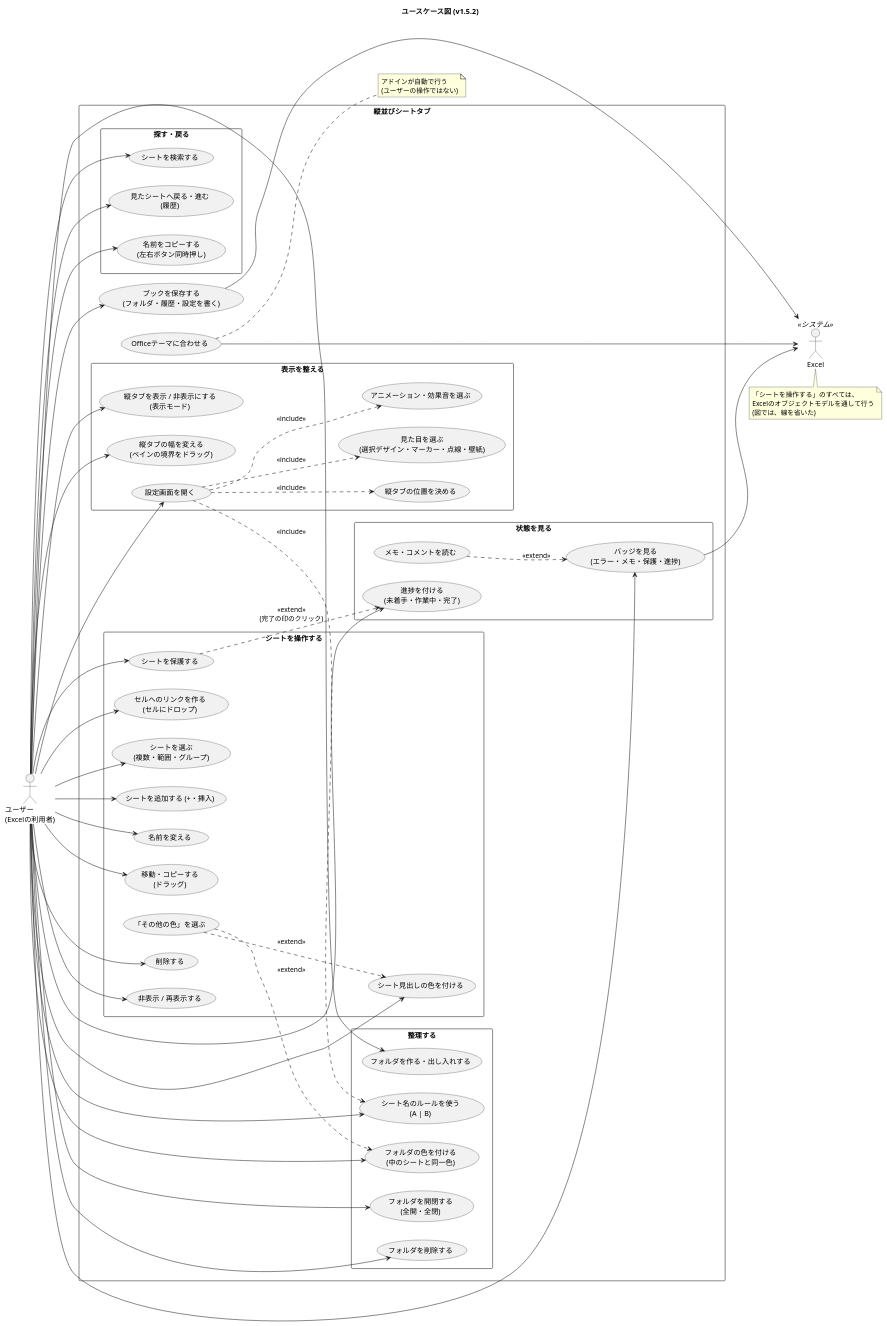
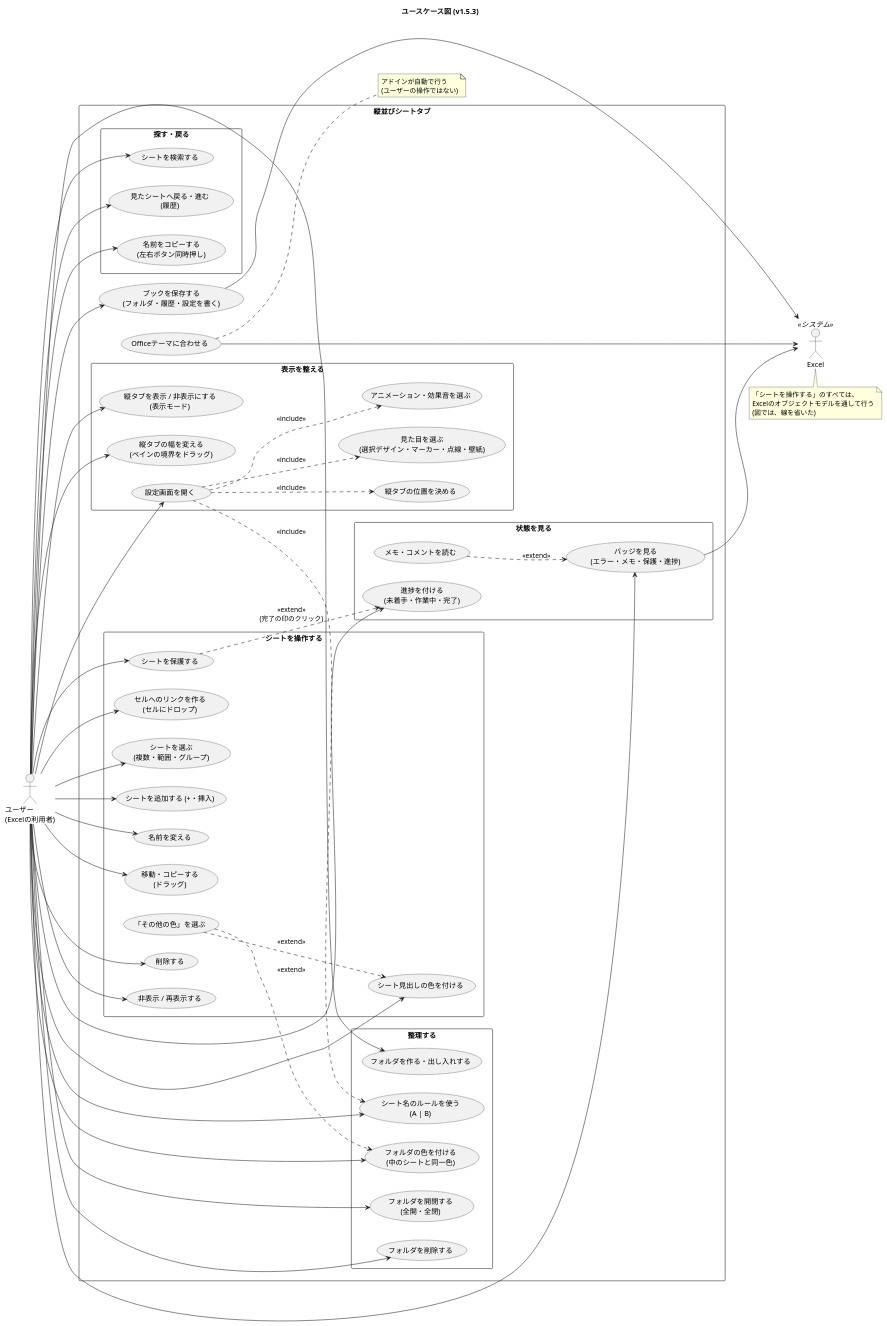
The diagram in docs/usecase.puml (nk-taka623/VerticalSheetTabs), drawn with PlantUML before and after one commit. The commit also changed 15 other files, not shown here.

```diff
--- a/docs/usecase.puml
+++ b/docs/usecase.puml
@@ -1,105 +1,105 @@
 @startuml
-title ユースケース図 (v1.5.2)
+title ユースケース図 (v1.5.3)
 left to right direction
 skinparam shadowing false
 skinparam packageStyle rectangle
 
 actor "ユーザー\n(Excelの利用者)" as U
 actor "Excel" as XL <<システム>>
 
 rectangle "縦並びシートタブ" {
 
   package "シートを操作する" {
     usecase "シートを選ぶ\n(複数・範囲・グループ)" as UC_SEL
     usecase "シートを追加する (+・挿入)" as UC_ADD
     usecase "名前を変える" as UC_REN
     usecase "移動・コピーする\n(ドラッグ)" as UC_MOVE
     usecase "削除する" as UC_DEL
     usecase "非表示 / 再表示する" as UC_HIDE
     usecase "シート見出しの色を付ける" as UC_COLOR
     usecase "「その他の色」を選ぶ" as UC_MORE
     usecase "シートを保護する" as UC_PROT
     usecase "セルへのリンクを作る\n(セルにドロップ)" as UC_LINK
   }
 
   package "整理する" {
     usecase "フォルダを作る・出し入れする" as UC_FOLDER
     usecase "フォルダを開閉する\n(全開・全閉)" as UC_TOGGLE
     usecase "フォルダの色を付ける\n(中のシートと同一色)" as UC_FCOLOR
     usecase "フォルダを削除する" as UC_FDEL
     usecase "シート名のルールを使う\n(A | B)" as UC_RULE
   }
 
   package "探す・戻る" {
     usecase "シートを検索する" as UC_SEARCH
     usecase "見たシートへ戻る・進む\n(履歴)" as UC_HIST
     usecase "名前をコピーする\n(左右ボタン同時押し)" as UC_COPY
   }
 
   package "状態を見る" {
     usecase "バッジを見る\n(エラー・メモ・保護・進捗)" as UC_BADGE
     usecase "メモ・コメントを読む" as UC_MEMO
     usecase "進捗を付ける\n(未着手・作業中・完了)" as UC_PROG
   }
 
   package "表示を整える" {
     usecase "縦タブを表示 / 非表示にする\n(表示モード)" as UC_MODE
     usecase "縦タブの位置を決める" as UC_SIDE
     usecase "縦タブの幅を変える\n(ペインの境界をドラッグ)" as UC_WIDTH
     usecase "設定画面を開く" as UC_SET
     usecase "見た目を選ぶ\n(選択デザイン・マーカー・点線・壁紙)" as UC_LOOK
     usecase "アニメーション・効果音を選ぶ" as UC_ANIM
   }
 
   usecase "ブックを保存する\n(フォルダ・履歴・設定を書く)" as UC_SAVE
   usecase "Officeテーマに合わせる" as UC_THEME
 }
 
 U --> UC_SEL
 U --> UC_ADD
 U --> UC_REN
 U --> UC_MOVE
 U --> UC_DEL
 U --> UC_HIDE
 U --> UC_COLOR
 U --> UC_PROT
 U --> UC_LINK
 U --> UC_FOLDER
 U --> UC_TOGGLE
 U --> UC_FCOLOR
 U --> UC_FDEL
 U --> UC_RULE
 U --> UC_SEARCH
 U --> UC_HIST
 U --> UC_COPY
 U --> UC_BADGE
 U --> UC_PROG
 U --> UC_MODE
 U --> UC_WIDTH
 U --> UC_SET
 U --> UC_SAVE
 
 UC_MORE ..> UC_COLOR : <<extend>>
 UC_MORE ..> UC_FCOLOR : <<extend>>
 UC_MEMO ..> UC_BADGE : <<extend>>
 UC_PROT ..> UC_PROG : <<extend>>\n(完了の印のクリック)
 UC_SET ..> UC_SIDE : <<include>>
 UC_SET ..> UC_LOOK : <<include>>
 UC_SET ..> UC_ANIM : <<include>>
 UC_SET ..> UC_RULE : <<include>>
 
 UC_SAVE --> XL
 UC_THEME --> XL
 UC_BADGE --> XL
 
 note bottom of XL
   「シートを操作する」のすべては、
   Excelのオブジェクトモデルを通して行う
   (図では、線を省いた)
 end note
 
 note right of UC_THEME
   アドインが自動で行う
   (ユーザーの操作ではない)
 end note
 @enduml
```
